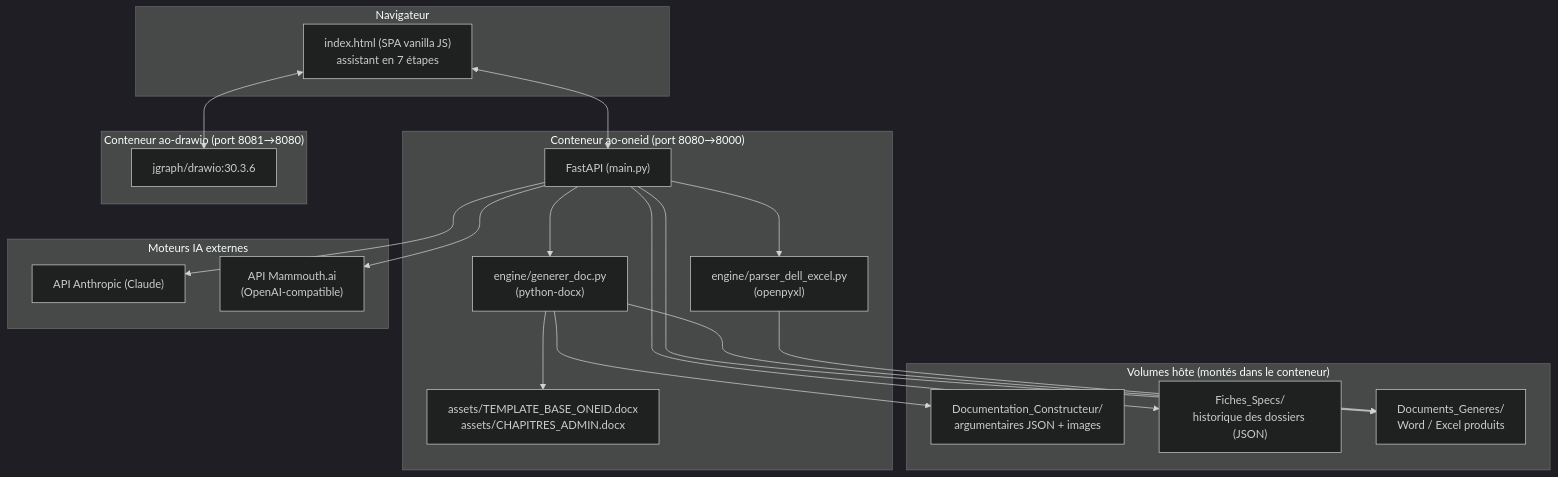
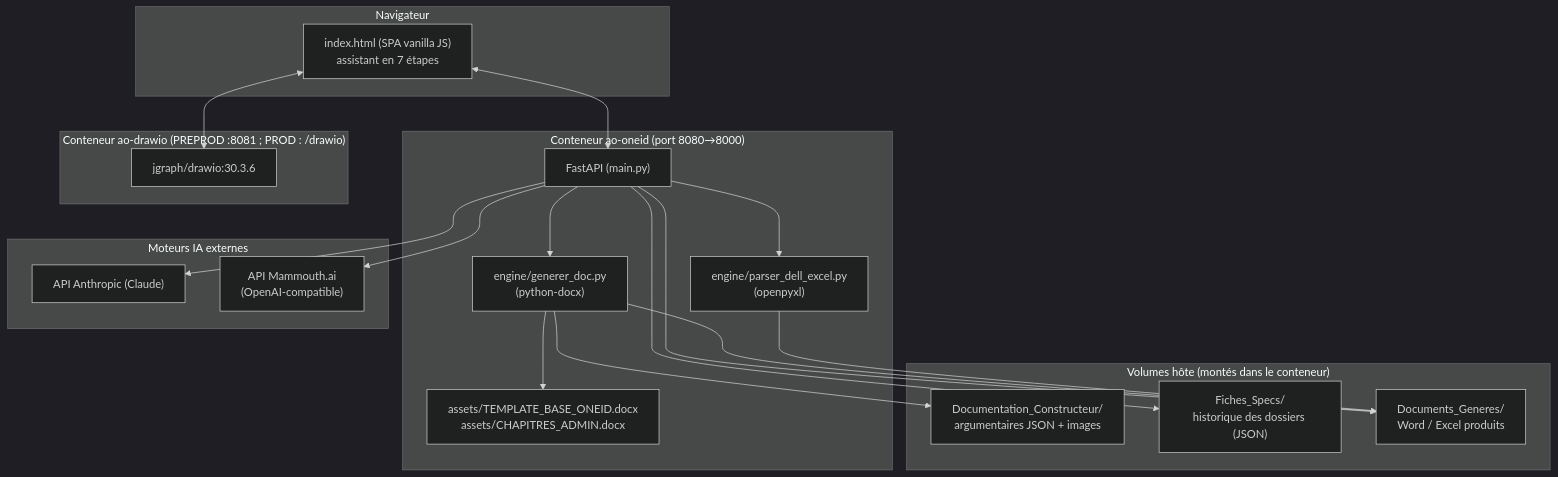
Before and after one commit to NUMA-ID/AO-ID: the diagram in docs/ARCHITECTURE.md, drawn with Mermaid (dark theme). The commit also changed other lines of this file and 11 other files, not shown here.

First line of the commit message:
Bascule PROD v2.6.0 : draw.io sous /drawio (injection __DRAWIO_BASE__) + timeout GB10 300s

````diff
--- a/docs/ARCHITECTURE.md
+++ b/docs/ARCHITECTURE.md
@@ -9,41 +9,41 @@
 ```mermaid
 flowchart TD
     subgraph Navigateur
         UI["index.html (SPA vanilla JS)\nassistant en 7 étapes"]
     end
 
     subgraph "Conteneur ao-oneid (port 8080→8000)"
         API["FastAPI (main.py)"]
         ENGINE_DOC["engine/generer_doc.py\n(python-docx)"]
         ENGINE_XLS["engine/parser_dell_excel.py\n(openpyxl)"]
         TPL["assets/TEMPLATE_BASE_ONEID.docx\nassets/CHAPITRES_ADMIN.docx"]
     end
 
-    subgraph "Conteneur ao-drawio (port 8081→8080)"
+    subgraph "Conteneur ao-drawio (PREPROD :8081 ; PROD : /drawio)"
         DRAWIO["jgraph/drawio:30.3.6"]
     end
 
     subgraph "Moteurs IA externes"
         ANTHROPIC["API Anthropic (Claude)"]
         MAMMOUTH["API Mammouth.ai\n(OpenAI-compatible)"]
     end
 
     subgraph "Volumes hôte (montés dans le conteneur)"
         DOCCONS["Documentation_Constructeur/\nargumentaires JSON + images"]
         FICHES["Fiches_Specs/\nhistorique des dossiers (JSON)"]
         GENERES["Documents_Generes/\nWord / Excel produits"]
     end
 
     UI <--> API
     UI <--> DRAWIO
     API --> ENGINE_DOC
     API --> ENGINE_XLS
     ENGINE_DOC --> TPL
     ENGINE_DOC --> DOCCONS
     API --> ANTHROPIC
     API --> MAMMOUTH
     API --> FICHES
     API --> GENERES
     ENGINE_DOC --> GENERES
     ENGINE_XLS --> GENERES
 ```
````
